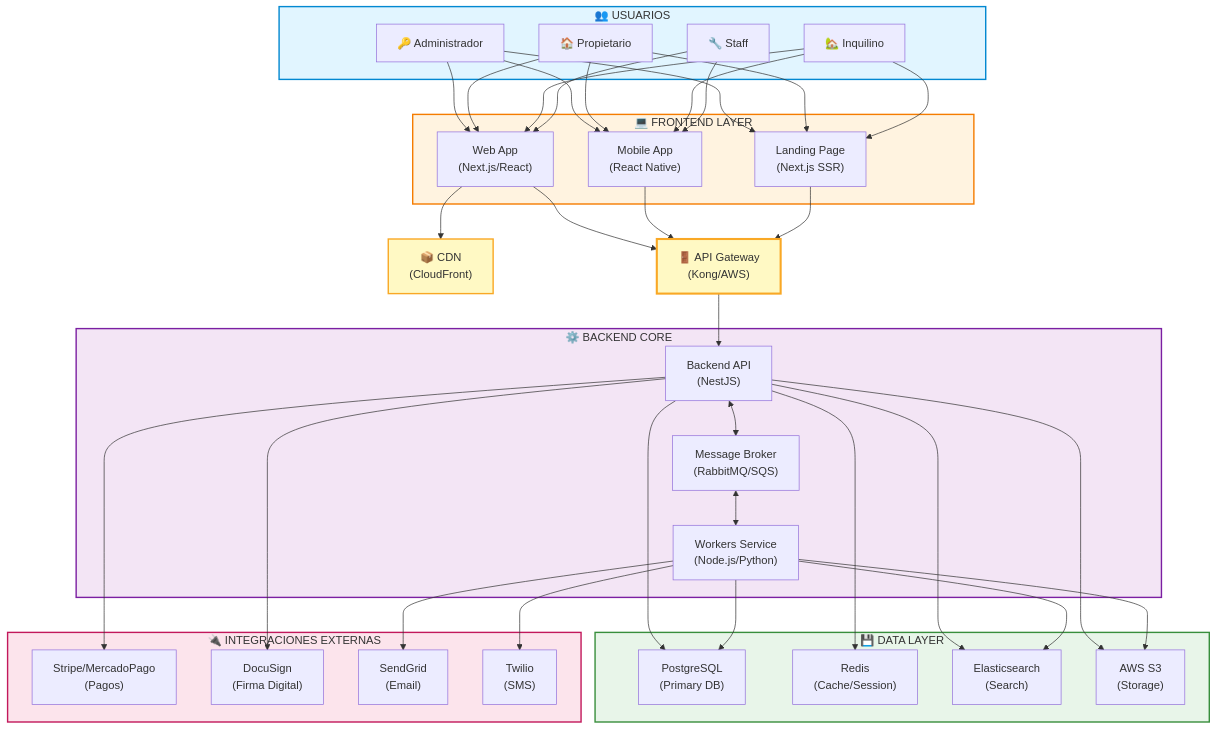
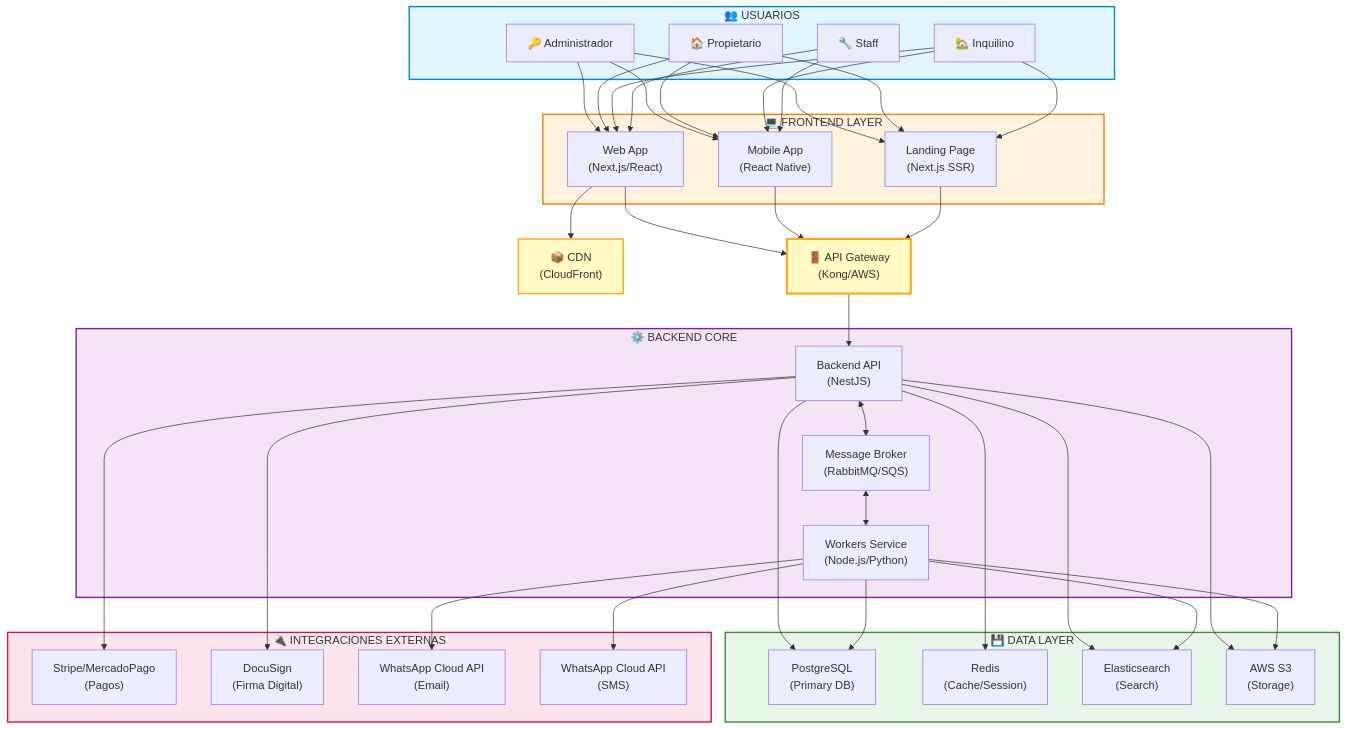
Before and after one commit to andrescastiglia/rent: the diagram in README.md, drawn with Mermaid. The commit also changed other lines of this file and 33 other files, not shown here.

First line of the commit message:
feat: integrate WhatsApp messaging for notifications and reminders

````diff
--- a/README.md
+++ b/README.md
@@ -136,78 +136,78 @@
 ```mermaid
 graph TB
     subgraph usuarios["👥 USUARIOS"]
         admin["🔑 Administrador"]
         owner["🏠 Propietario"]
         tenant["🏡 Inquilino"]
         staff["🔧 Staff"]
     end
 
     subgraph frontend["💻 FRONTEND LAYER"]
         webapp["Web App<br/>(Next.js/React)"]
         mobile["Mobile App<br/>(React Native)"]
         landing["Landing Page<br/>(Next.js SSR)"]
     end
 
     cdn["📦 CDN<br/>(CloudFront)"]
     gateway["🚪 API Gateway<br/>(Kong/AWS)"]
 
     subgraph backend["⚙️ BACKEND CORE"]
         api["Backend API<br/>(NestJS)"]
         workers["Workers Service<br/>(Node.js/Python)"]
         queue["Message Broker<br/>(RabbitMQ/SQS)"]
     end
 
     subgraph data["💾 DATA LAYER"]
         postgres["PostgreSQL<br/>(Primary DB)"]
         redis["Redis<br/>(Cache/Session)"]
         elastic["Elasticsearch<br/>(Search)"]
         s3["AWS S3<br/>(Storage)"]
     end
 
     subgraph external["🔌 INTEGRACIONES EXTERNAS"]
         stripe["Stripe/MercadoPago<br/>(Pagos)"]
         docusign["DocuSign<br/>(Firma Digital)"]
-        sendgrid["SendGrid<br/>(Email)"]
-        twilio["Twilio<br/>(SMS)"]
+        sendgrid["WhatsApp Cloud API<br/>(Email)"]
+        twilio["WhatsApp Cloud API<br/>(SMS)"]
     end
 
     %% Usuarios a Frontend
     admin & owner & tenant & staff --> webapp
     admin & owner & tenant & staff --> mobile
     admin & owner & tenant --> landing
 
     %% Frontend a Gateway
     webapp --> cdn
     webapp & mobile & landing --> gateway
 
     %% Gateway a Backend
     gateway --> api
 
     %% Backend Internal
     api <--> queue
     queue <--> workers
 
     %% Backend a Data Layer
     api --> postgres
     api --> redis
     api --> elastic
     api --> s3
     workers --> postgres
     workers --> s3
     workers --> elastic
 
     %% Backend a External
     api --> stripe
     api --> docusign
     workers --> sendgrid
     workers --> twilio
 
     style usuarios fill:#e1f5ff,stroke:#0288d1,stroke-width:2px
     style frontend fill:#fff3e0,stroke:#f57c00,stroke-width:2px
     style backend fill:#f3e5f5,stroke:#7b1fa2,stroke-width:2px
     style data fill:#e8f5e9,stroke:#388e3c,stroke-width:2px
     style external fill:#fce4ec,stroke:#c2185b,stroke-width:2px
 
     style gateway fill:#fff9c4,stroke:#f9a825,stroke-width:3px
     style cdn fill:#fff9c4,stroke:#f9a825,stroke-width:2px
 ```
````
